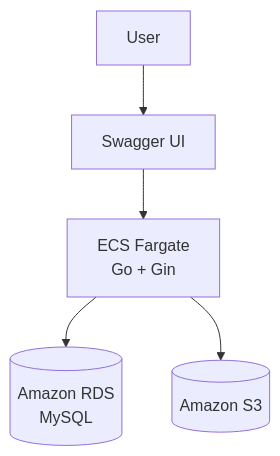
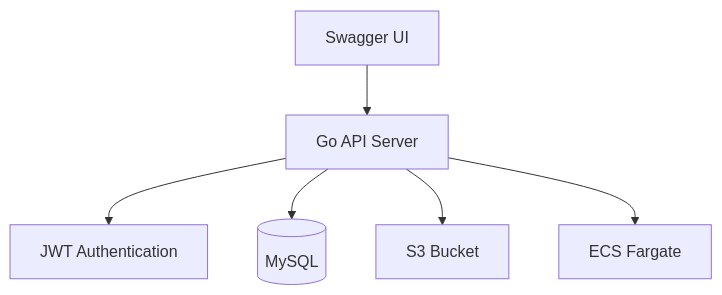
The first of 3 diagrams in README.md (utl-flaxy/go-image-api), drawn with Mermaid before and after one commit. The commit also changed other lines of this file and 5 other files, not shown here.

````diff
--- a/README.md
+++ b/README.md
@@ -86,18 +52,15 @@
 ```mermaid
-flowchart TD
+graph TD
 
-User[User]
+A[Swagger UI]
+--> B[Go API Server]
 
-Swagger[Swagger UI]
+B --> C[JWT Authentication]
 
-ECS[ECS Fargate<br>Go + Gin]
+B --> D[(MySQL)]
 
-RDS[(Amazon RDS<br>MySQL)]
+B --> E[S3 Bucket]
 
-S3[(Amazon S3)]
+B --> F[ECS Fargate]
 
-User --> Swagger
-Swagger --> ECS
-ECS --> RDS
-ECS --> S3
 ```
````
